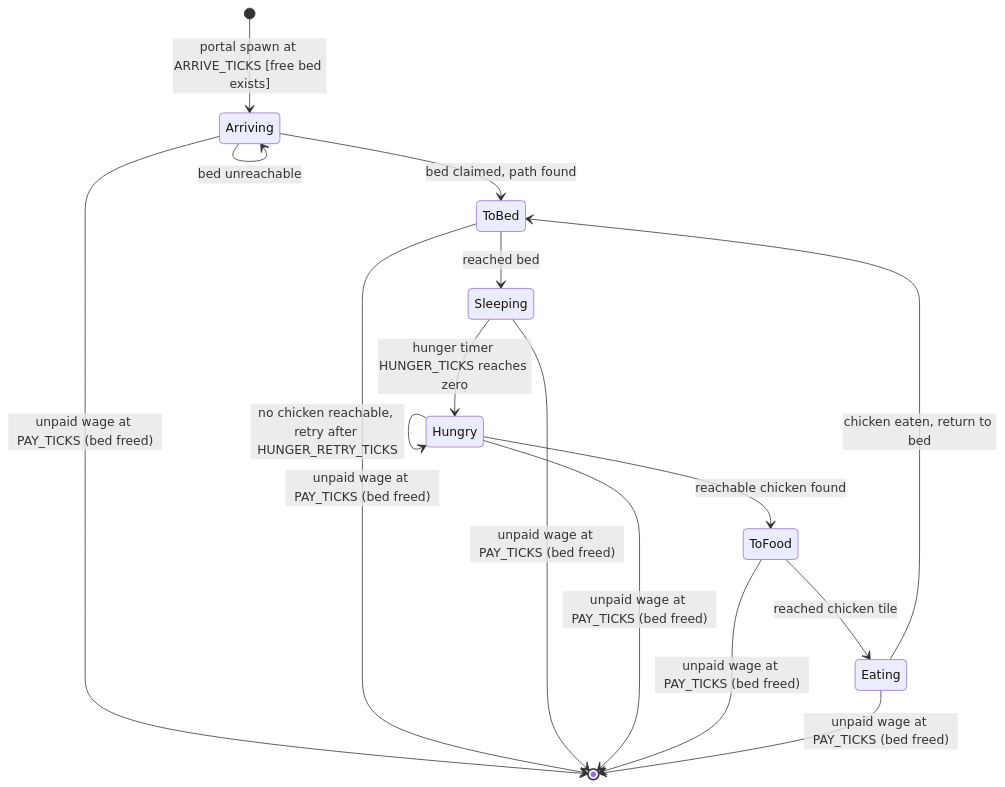
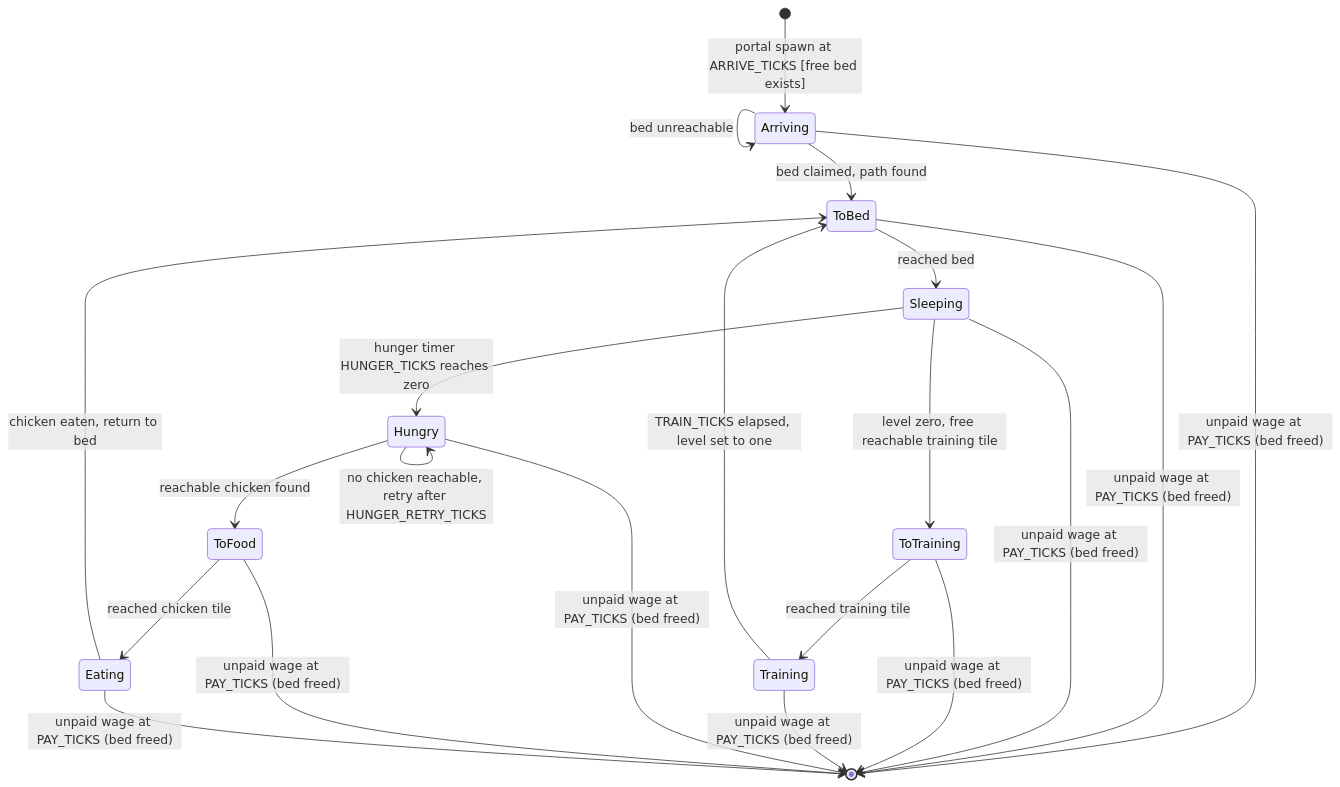
Before and after one commit to jmporchet/keeper: the sixth of 7 diagrams in docs/design.md, drawn with Mermaid. The commit also changed other lines of this file and 29 other files, not shown here.

Commit message:
Training room: creatures train and gain a level

````diff
--- a/docs/design.md
+++ b/docs/design.md
@@ -210,18 +210,23 @@
 ```mermaid
 stateDiagram-v2
     [*] --> Arriving: portal spawn at ARRIVE_TICKS [free bed exists]
     Arriving --> ToBed: bed claimed, path found
     Arriving --> Arriving: bed unreachable
     ToBed --> Sleeping: reached bed
+    Sleeping --> ToTraining: level zero, free reachable training tile
+    ToTraining --> Training: reached training tile
+    Training --> ToBed: TRAIN_TICKS elapsed, level set to one
     Sleeping --> Hungry: hunger timer HUNGER_TICKS reaches zero
     Hungry --> ToFood: reachable chicken found
     Hungry --> Hungry: no chicken reachable, retry after HUNGER_RETRY_TICKS
     ToFood --> Eating: reached chicken tile
     Eating --> ToBed: chicken eaten, return to bed
     Arriving --> [*]: unpaid wage at PAY_TICKS (bed freed)
     ToBed --> [*]: unpaid wage at PAY_TICKS (bed freed)
     Sleeping --> [*]: unpaid wage at PAY_TICKS (bed freed)
+    ToTraining --> [*]: unpaid wage at PAY_TICKS (bed freed)
+    Training --> [*]: unpaid wage at PAY_TICKS (bed freed)
     Hungry --> [*]: unpaid wage at PAY_TICKS (bed freed)
     ToFood --> [*]: unpaid wage at PAY_TICKS (bed freed)
     Eating --> [*]: unpaid wage at PAY_TICKS (bed freed)
 ```
````
